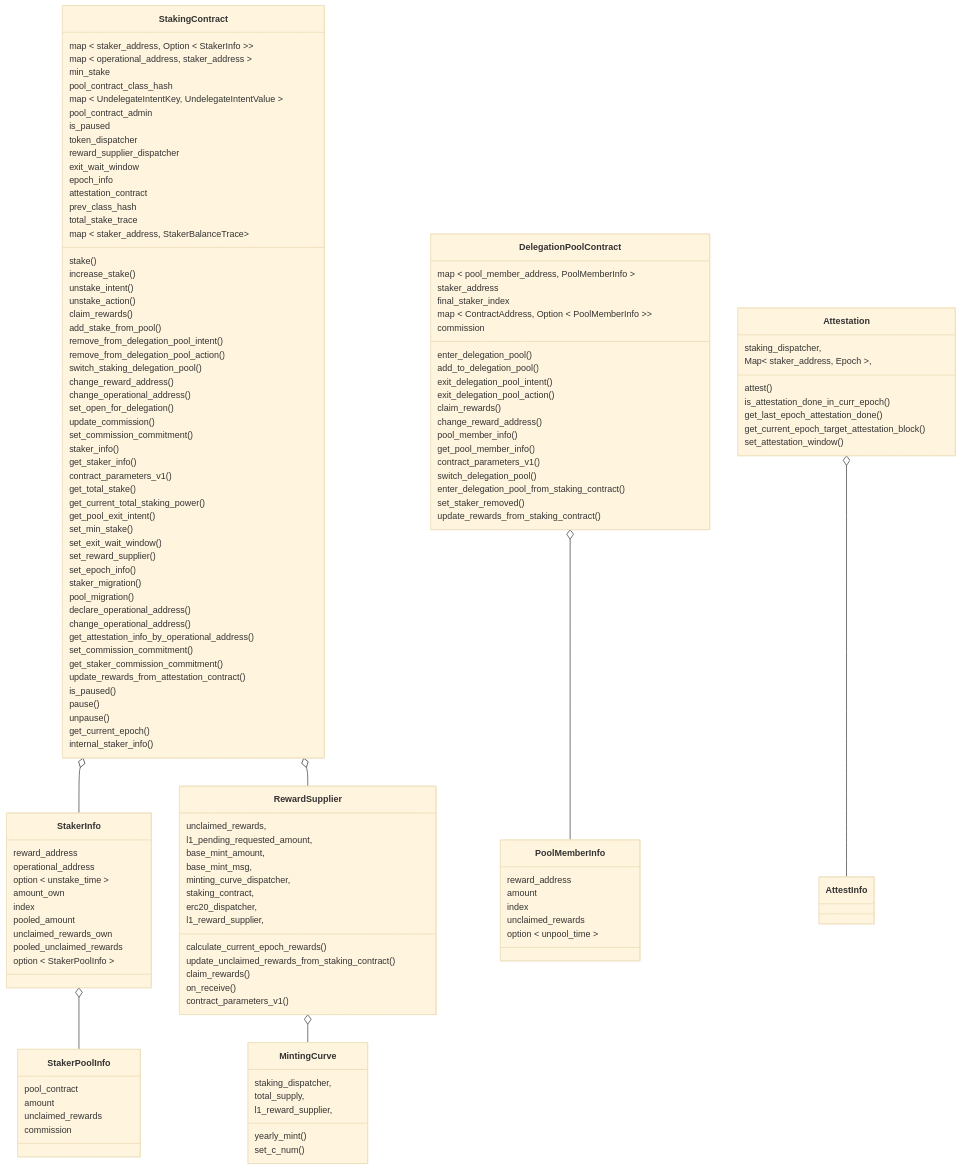
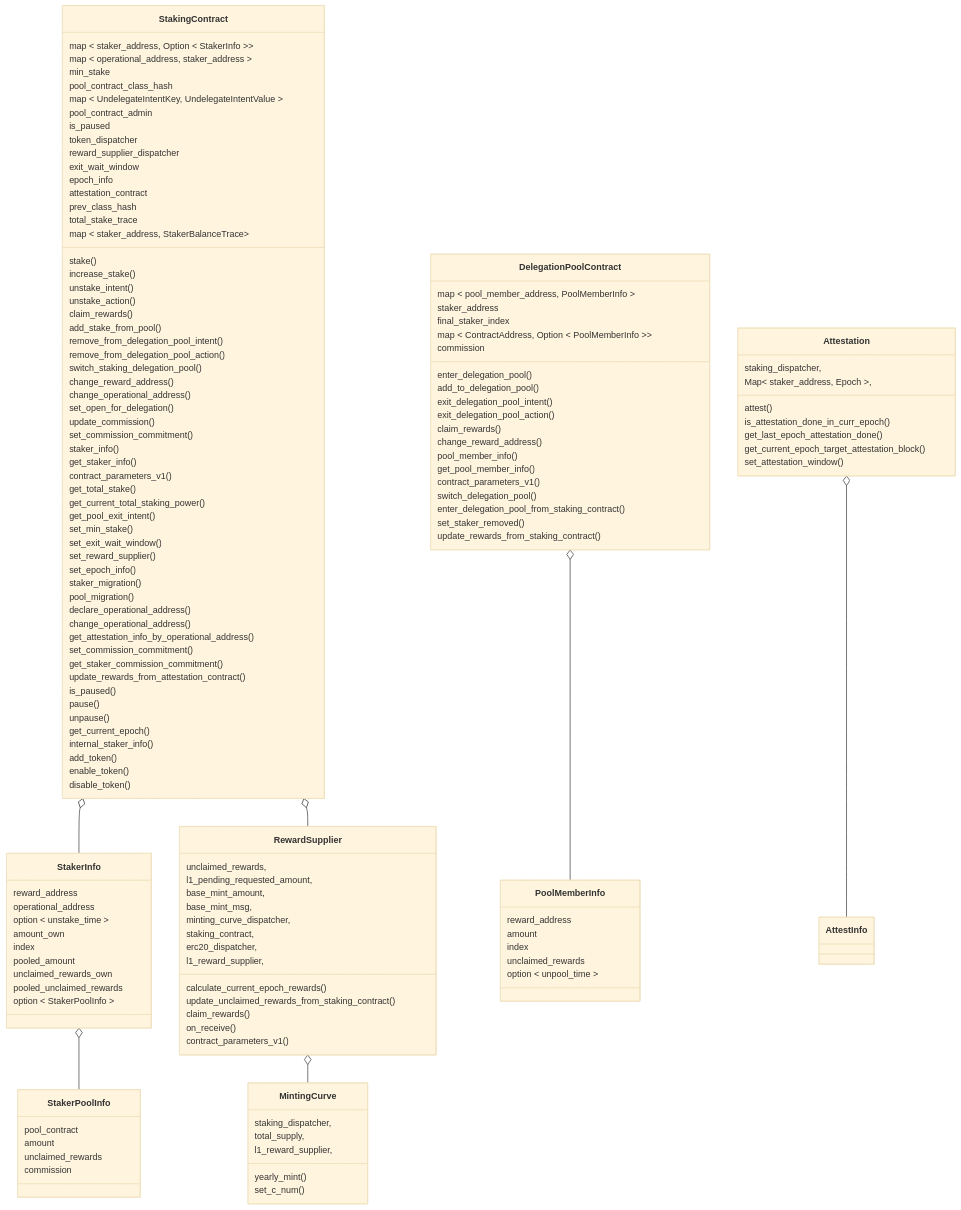
One commit to starkware-libs/starknet-staking changed the first of 8 diagrams in workspace/apps/staking/docs/spec.md. Above: the diagram before and after it, drawn with Mermaid (base theme). The commit also changed other lines of this file, not shown here.

Commit message:
docs(staking): update spec with token functions (#4329)

```diff
--- a/workspace/apps/staking/docs/spec.md
+++ b/workspace/apps/staking/docs/spec.md
@@ -285,6 +288,9 @@
     unpause()
     get_current_epoch()
     internal_staker_info()
+    add_token()
+    enable_token()
+    disable_token()
   }
   class DelegationPoolContract{
     map < pool_member_address, PoolMemberInfo >
```
